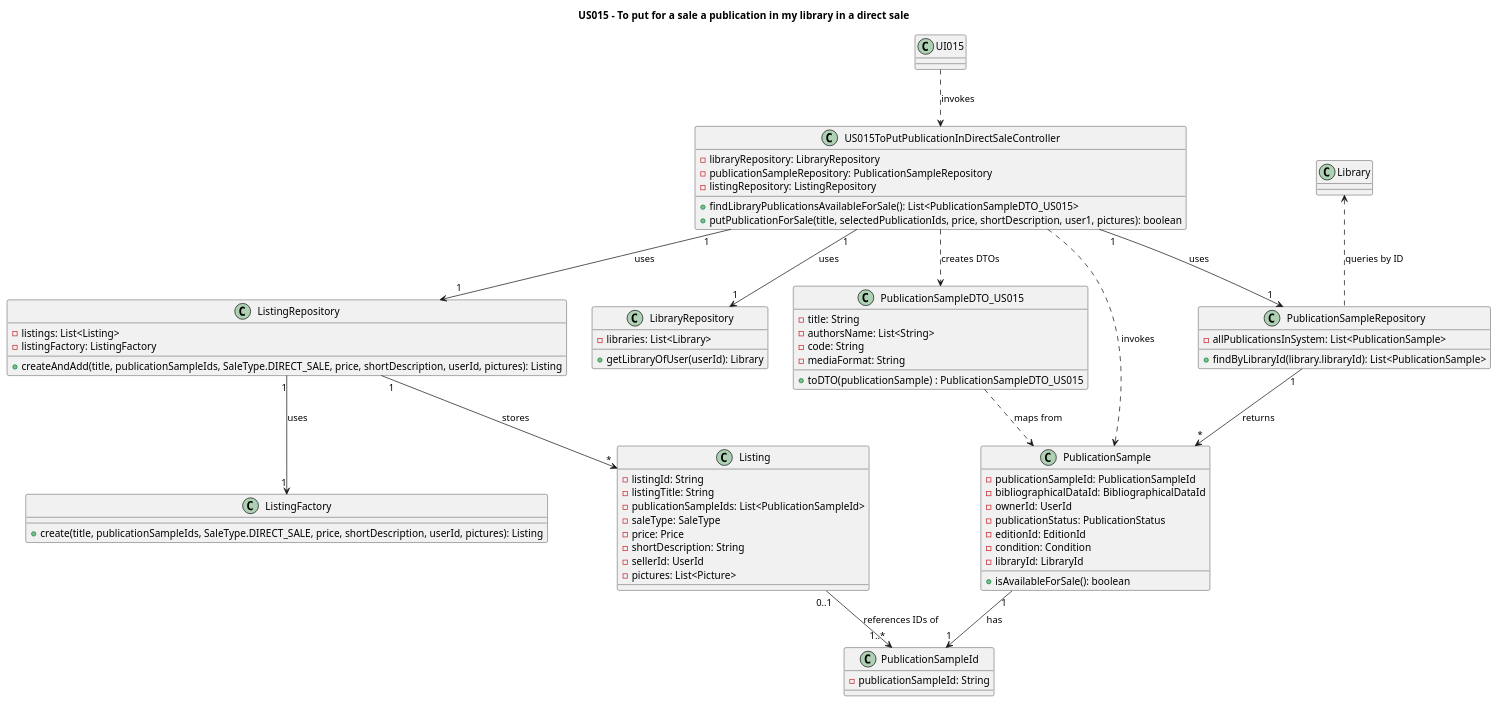
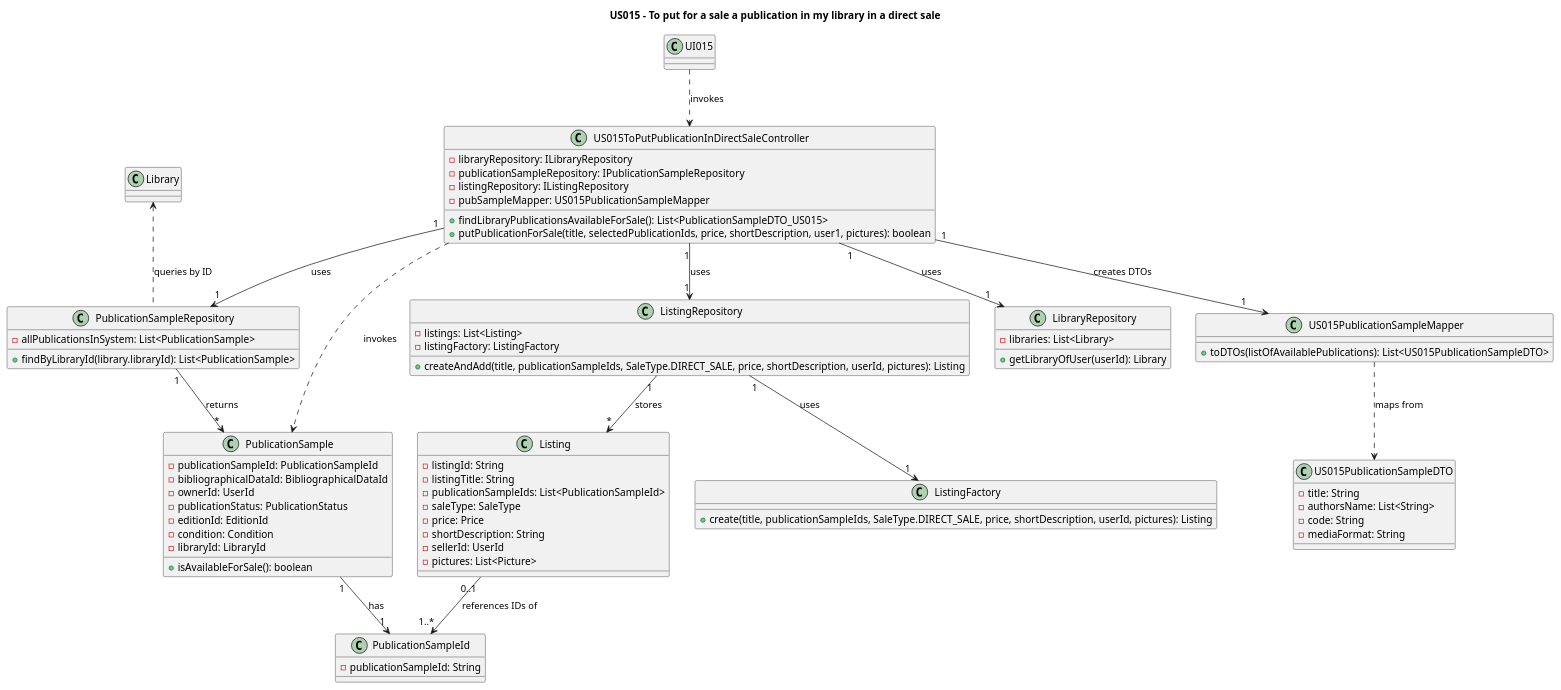
Before and after one commit to AndrePereiraGitH/SWitCH-Project-Team_A: the diagram in Diagrams/ClassDiagrams/US015-to-put-for-sale-a-publication-in-my-library-in-a-Direct-Sale.puml, drawn with PlantUML. The commit also changed 5 other files, not shown here.

Commit message:
Refactor #489: updated SD and CD to reflect the PublicationSample mapper

```diff
--- a/Diagrams/ClassDiagrams/US015-to-put-for-sale-a-publication-in-my-library-in-a-Direct-Sale.puml
+++ b/Diagrams/ClassDiagrams/US015-to-put-for-sale-a-publication-in-my-library-in-a-Direct-Sale.puml
@@ -1,116 +1,119 @@
 @startuml
 title US015 - To put for a sale a publication in my library in a direct sale
 
 ' -------------------------
 ' APPLICATION LAYER
 ' -------------------------
 
 class UI015 {
 }
 
 class US015ToPutPublicationInDirectSaleController {
-    - libraryRepository: LibraryRepository
-    - publicationSampleRepository: PublicationSampleRepository
-    - listingRepository: ListingRepository
+    - libraryRepository: ILibraryRepository
+    - publicationSampleRepository: IPublicationSampleRepository
+    - listingRepository: IListingRepository
+    - pubSampleMapper: US015PublicationSampleMapper
     + findLibraryPublicationsAvailableForSale(): List<PublicationSampleDTO_US015>
     + putPublicationForSale(title, selectedPublicationIds, price, shortDescription, user1, pictures): boolean
 }
 
-class PublicationSampleDTO_US015 {
+class US015PublicationSampleDTO {
     - title: String
     - authorsName: List<String>
     - code: String
     - mediaFormat: String
-    + toDTO(publicationSample) : PublicationSampleDTO_US015
+}
+
+class US015PublicationSampleMapper {
+    + toDTOs(listOfAvailablePublications): List<US015PublicationSampleDTO>
 }
 
 ' -------------------------
 ' DOMAIN LAYER
 ' -------------------------
 
 class PublicationSampleId {
     - publicationSampleId: String
 }
 
 class PublicationSample {
     - publicationSampleId: PublicationSampleId
     - bibliographicalDataId: BibliographicalDataId
     - ownerId: UserId
     - publicationStatus: PublicationStatus
     - editionId: EditionId
     - condition: Condition
     - libraryId: LibraryId
     + isAvailableForSale(): boolean
 }
 
 class Listing {
     - listingId: String
     - listingTitle: String
     - publicationSampleIds: List<PublicationSampleId>
     - saleType: SaleType
     - price: Price
     - shortDescription: String
     - sellerId: UserId
     - pictures: List<Picture>
 }
 
 class ListingFactory {
     + create(title, publicationSampleIds, SaleType.DIRECT_SALE, price, shortDescription, userId, pictures): Listing
 }
 
 ' -------------------------
 ' REPOSITORIES
 ' -------------------------
 
 class LibraryRepository {
     - libraries: List<Library>
     + getLibraryOfUser(userId): Library
 }
 
 class PublicationSampleRepository {
     - allPublicationsInSystem: List<PublicationSample>
     + findByLibraryId(library.libraryId): List<PublicationSample>
 }
 
 class ListingRepository {
     - listings: List<Listing>
     - listingFactory: ListingFactory
     + createAndAdd(title, publicationSampleIds, SaleType.DIRECT_SALE, price, shortDescription, userId, pictures): Listing
 }
 
 ' -------------------------
 ' RELATIONSHIPS
 ' -------------------------
 
 ' --- UI ---
 UI015 -.> US015ToPutPublicationInDirectSaleController : "invokes"
 
 ' --- Controller ---
 US015ToPutPublicationInDirectSaleController "1" --> "1" LibraryRepository: "uses"
 US015ToPutPublicationInDirectSaleController "1" --> "1" PublicationSampleRepository : "uses"
 US015ToPutPublicationInDirectSaleController "1" --> "1" ListingRepository : "uses"
-US015ToPutPublicationInDirectSaleController ..> PublicationSampleDTO_US015 : "creates DTOs"
+US015ToPutPublicationInDirectSaleController "1" --> "1" US015PublicationSampleMapper : "creates DTOs"
 US015ToPutPublicationInDirectSaleController ..> PublicationSample : "invokes"
-'US015ToPutPublicationInDirectSaleController ..> Library : "invokes"
 
 ' --- Library ---
 'Library "1" --> "*" PublicationSampleId : "stores IDs of"
 Library <.. PublicationSampleRepository : "queries by ID"
 
 ' --- PublicationSampleRepository ---
 PublicationSampleRepository "1" --> "*" PublicationSample : "returns"
 
 ' --- PublicationSample ---
 PublicationSample "1" --> "1" PublicationSampleId : "has"
 
 ' --- Listing ---
 Listing "0..1" --> "1..*" PublicationSampleId : "references IDs of"
 
 ' --- Listing ---
 ListingRepository "1" --> "1" ListingFactory : "uses"
 ListingRepository "1" --> "*" Listing : "stores"
 
 ' --- PublicationSample DTO mapping ---
-PublicationSampleDTO_US015 ..> PublicationSample : "maps from"
+US015PublicationSampleMapper ..> US015PublicationSampleDTO : "maps from"
 
 @enduml
```
